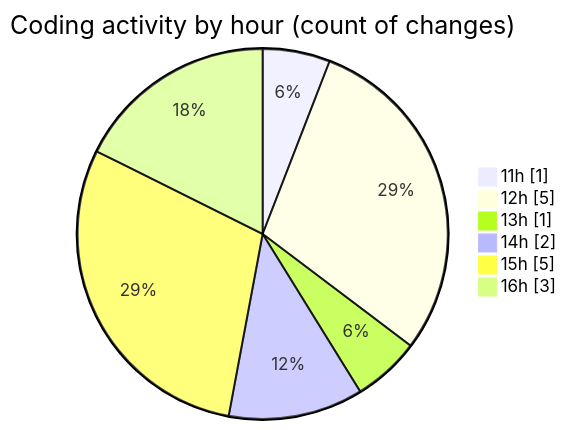
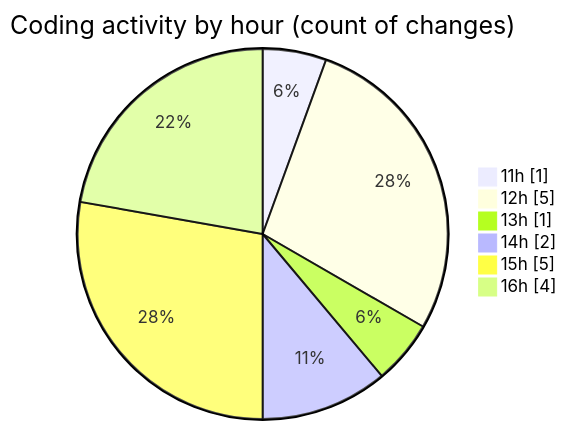
One commit to nxtqubesakshisongat/code-tracking changed the second of 2 diagrams in 2025-11-13/argos/README.md. Above: the diagram before and after it, drawn with Mermaid. The commit also changed other lines of this file and 1 other file, not shown here.

````diff
--- a/2025-11-13/argos/README.md
+++ b/2025-11-13/argos/README.md
@@ -38,10 +38,10 @@
 ```mermaid
 pie showData
 title Coding activity by hour (count of changes)
 "11h" : 1
 "12h" : 5
 "13h" : 1
 "14h" : 2
 "15h" : 5
-"16h" : 3
+"16h" : 4
 ```
````
